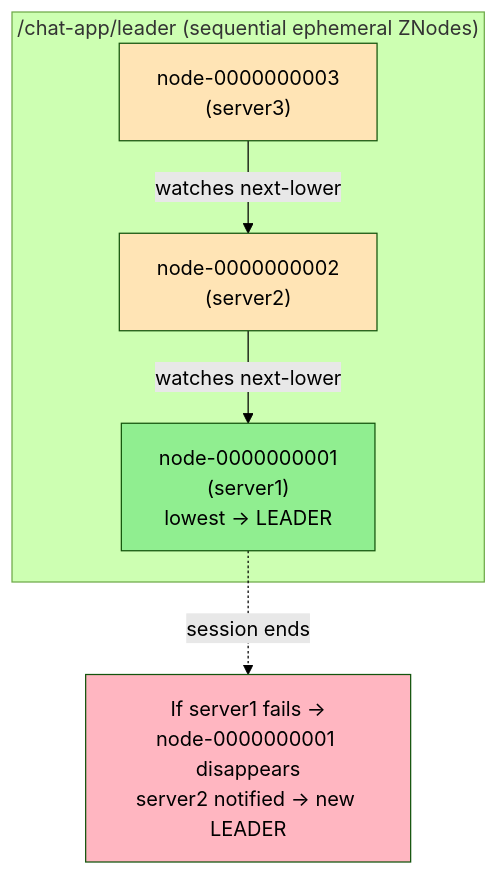
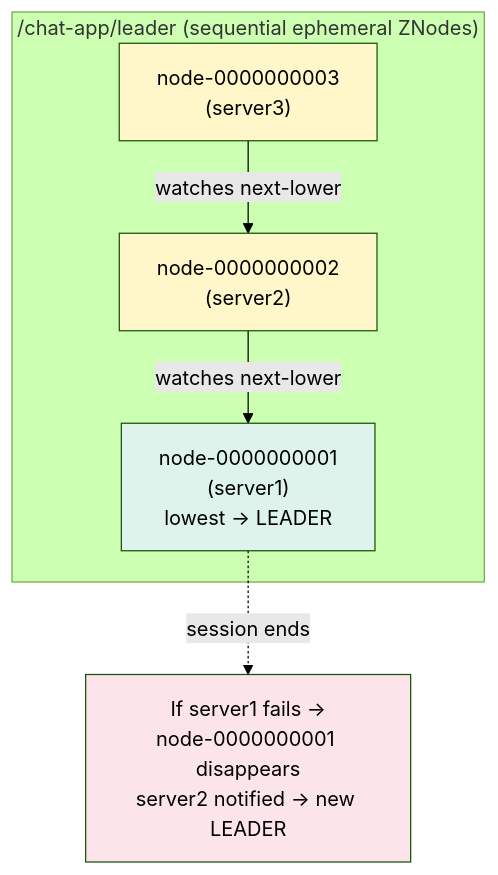
One commit to cartmancodes/InterviewVault changed the first of 2 diagrams in LLD/SystemDesign/DeepDives/Zookeeper.md. Above: the diagram before and after it, drawn with Mermaid (forest theme). The commit also changed 679 other files, not shown here.

Commit message:
Unify content diagrams and add accessible visual walkthroughs

````diff
--- a/LLD/SystemDesign/DeepDives/Zookeeper.md
+++ b/LLD/SystemDesign/DeepDives/Zookeeper.md
@@ -289,19 +289,19 @@
 ```mermaid
 graph TB
     subgraph "/chat-app/leader (sequential ephemeral ZNodes)"
         N1["node-0000000001<br/>(server1)<br/>lowest → LEADER"]
         N2["node-0000000002<br/>(server2)"]
         N3["node-0000000003<br/>(server3)"]
     end
 
     N2 -->|"watches next-lower"| N1
     N3 -->|"watches next-lower"| N2
 
     F["If server1 fails →<br/>node-0000000001 disappears<br/>server2 notified → new LEADER"]
     N1 -.->|"session ends"| F
 
-    style N1 fill:#90EE90
-    style N2 fill:#FFE4B5
-    style N3 fill:#FFE4B5
-    style F fill:#FFB6C1
+    style N1 fill:#DDF3EC
+    style N2 fill:#FFF6C9
+    style N3 fill:#FFF6C9
+    style F fill:#FCE5EA
 ```
````
